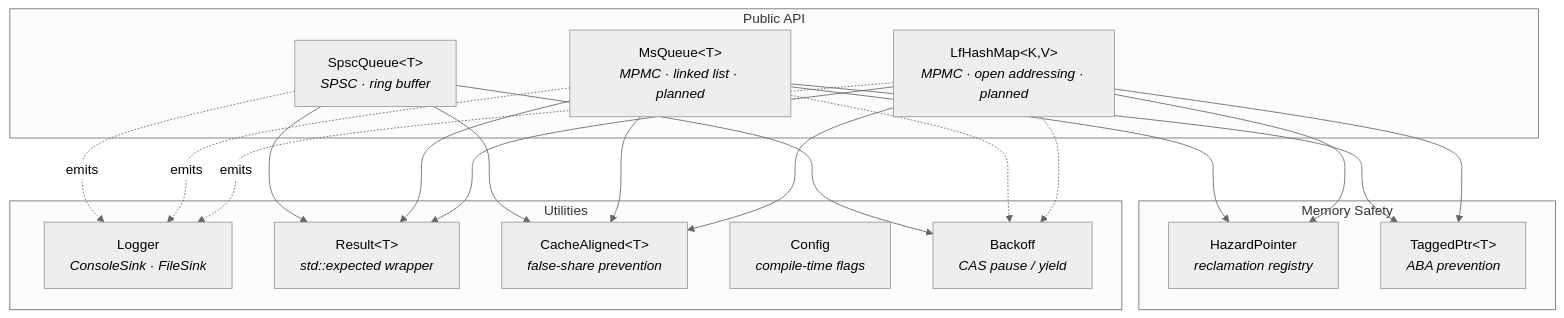
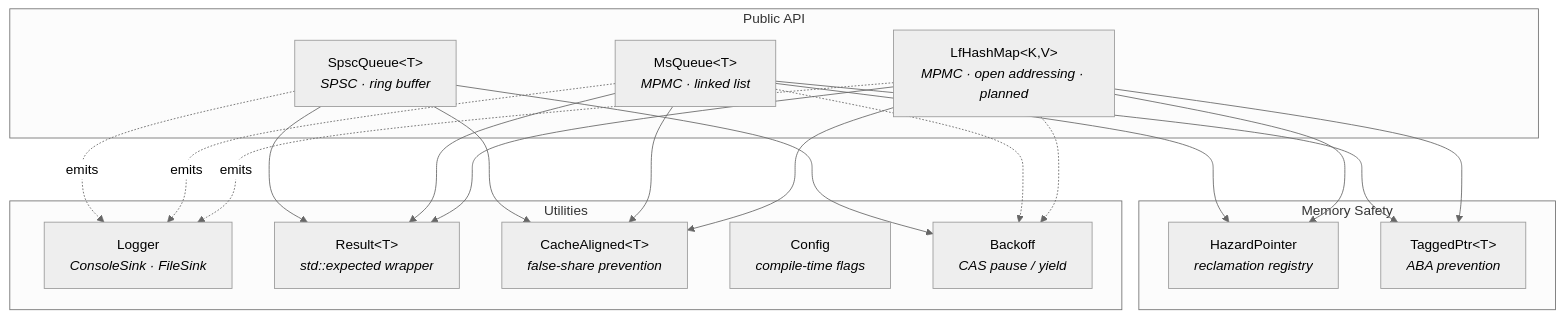
One commit to salgue441/quark changed the first of 3 diagrams in README.md. Above: the diagram before and after it, drawn with Mermaid (neutral theme). The commit also changed other lines of this file and 2 other files, not shown here.

Commit message:
docs: mark MsQueue in-tree and document HP usage

````diff
--- a/README.md
+++ b/README.md
@@ -54,42 +54,42 @@
 ```mermaid
 graph TB
     subgraph Public API
         SPSC["SpscQueue&lt;T&gt;<br/><i>SPSC · ring buffer</i>"]
-        MSQ["MsQueue&lt;T&gt;<br/><i>MPMC · linked list · planned</i>"]
+        MSQ["MsQueue&lt;T&gt;<br/><i>MPMC · linked list</i>"]
         HM["LfHashMap&lt;K,V&gt;<br/><i>MPMC · open addressing · planned</i>"]
     end
 
     subgraph Memory Safety
         HP["HazardPointer<br/><i>reclamation registry</i>"]
         TP["TaggedPtr&lt;T&gt;<br/><i>ABA prevention</i>"]
     end
 
     subgraph Utilities
         LOG["Logger<br/><i>ConsoleSink · FileSink</i>"]
         ERR["Result&lt;T&gt;<br/><i>std::expected wrapper</i>"]
         ARCH["CacheAligned&lt;T&gt;<br/><i>false-share prevention</i>"]
         CFG["Config<br/><i>compile-time flags</i>"]
         BO["Backoff<br/><i>CAS pause / yield</i>"]
     end
 
     MSQ --> HP
     MSQ --> TP
     HM  --> HP
     HM  --> TP
 
     SPSC --> ARCH
     MSQ  --> ARCH
     HM   --> ARCH
 
     SPSC --> ERR
     MSQ  --> ERR
     HM   --> ERR
 
     SPSC --> BO
     MSQ -.-> BO
     HM  -.-> BO
 
     SPSC -.->|"emits"| LOG
     MSQ  -.->|"emits"| LOG
     HM   -.->|"emits"| LOG
 ```
````
